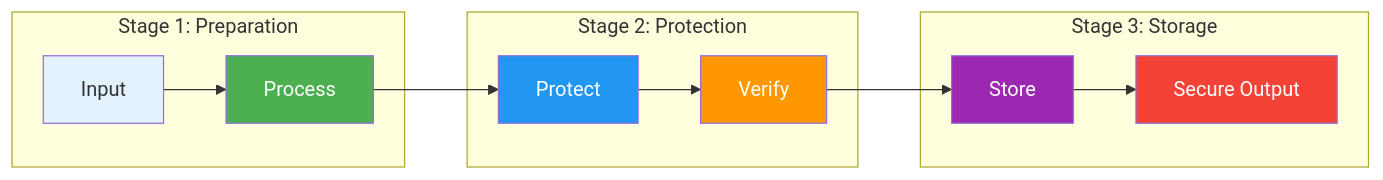
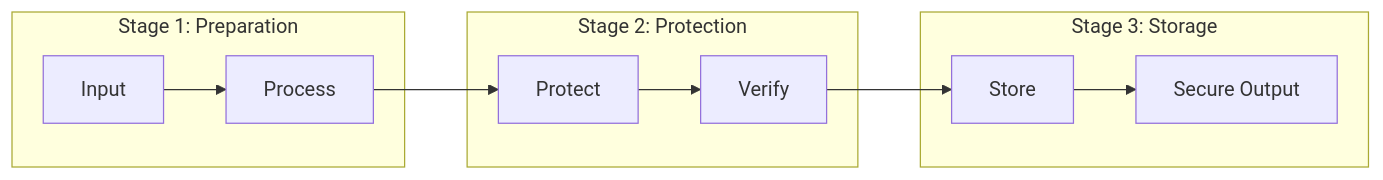
One commit to Thunder9954/Markush_FECS changed the third of 5 diagrams in README.md. Above: the diagram before and after it, drawn with Mermaid. The commit also changed other lines of this file, not shown here.

````diff
--- a/README.md
+++ b/README.md
@@ -126,23 +114,16 @@
 ```mermaid
 flowchart LR
     subgraph Phase1["Stage 1: Preparation"]
         A[Input] --> B[Process]
     end
     
     subgraph Phase2["Stage 2: Protection"]
         B --> C[Protect]
         C --> D[Verify]
     end
     
     subgraph Phase3["Stage 3: Storage"]
         D --> E[Store]
         E --> F[Secure Output]
     end
-    
-    style A fill:#e3f2fd
-    style B fill:#4CAF50,color:#fff
-    style C fill:#2196F3,color:#fff
-    style D fill:#FF9800,color:#fff
-    style E fill:#9C27B0,color:#fff
-    style F fill:#F44336,color:#fff
 ```
````
